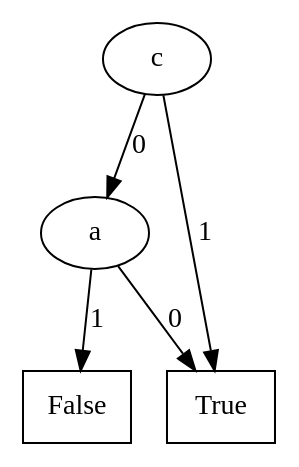
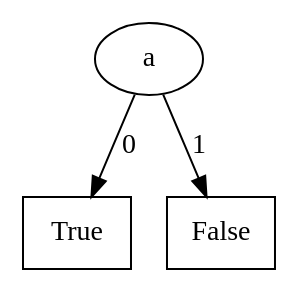
One commit to lputruele/tesis changed the diagram in Mu-calculus_model_checker/f5.dot. Above: the diagram before and after it, drawn with Graphviz. The commit also changed 19 other files, not shown here.

```diff
--- a/Mu-calculus_model_checker/f5.dot
+++ b/Mu-calculus_model_checker/f5.dot
@@ -1,23 +1,15 @@
 digraph BDD {
 node[shape=oval];
-3[label="c"];
 2[label="a"];
 node[shape=rectangle];
 1[label=True];
 node[shape=oval];
 
 2->1[label=0];
 node[shape=rectangle];
 0[label=False];
 node[shape=oval];
 
 2->0[label=1];
 
-3->2[label=0];
-node[shape=rectangle];
-1[label=True];
-node[shape=oval];
-
-3->1[label=1];
-
 }
```
